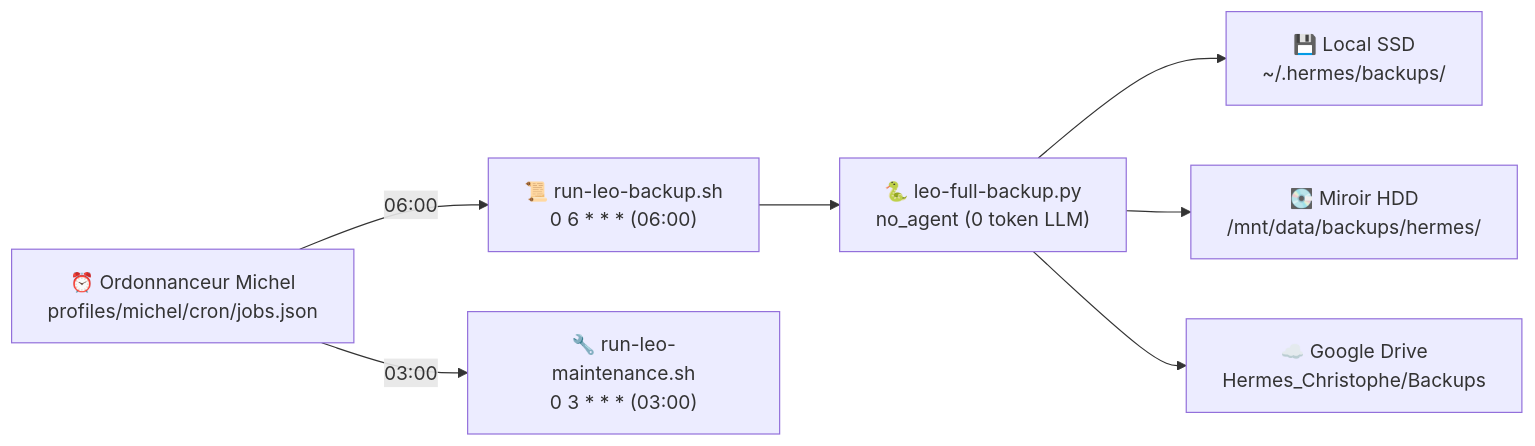
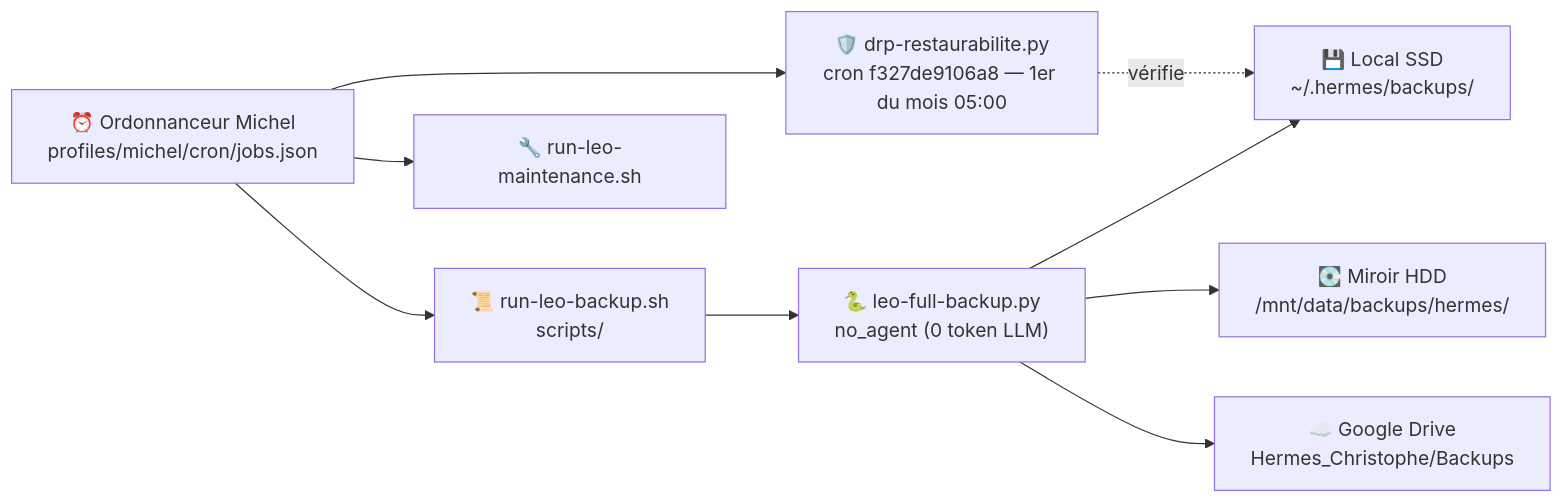
One commit to christophedanhier-hash/hermes-wiki changed the diagram in docs/hermes/utilisation/backup-recovery.md. Above: the diagram before and after it, drawn with Mermaid. The commit also changed other lines of this file and 1 other file, not shown here.

First line of the commit message:
PRA/DRP : défaut majeur des archives + dispositif de vérification de la reprise

````diff
--- a/docs/hermes/utilisation/backup-recovery.md
+++ b/docs/hermes/utilisation/backup-recovery.md
@@ -27,18 +33,20 @@
 ```mermaid
 flowchart LR
     Cron["⏰ Ordonnanceur Michel<br/>profiles/michel/cron/jobs.json"]
-    Wrapper["📜 run-leo-backup.sh<br/>0 6 * * * (06:00)"]
+    Wrapper["📜 run-leo-backup.sh<br/>scripts/"]
     Script["🐍 leo-full-backup.py<br/>no_agent (0 token LLM)"]
-    Maint["🔧 run-leo-maintenance.sh<br/>0 3 * * * (03:00)"]
+    Maint["🔧 run-leo-maintenance.sh"]
+    DRP["🛡️ drp-restaurabilite.py<br/>cron f327de9106a8 — 1er du mois 05:00"]
 
     Dest1["💾 Local SSD<br/>~/.hermes/backups/"]
     Dest2["💽 Miroir HDD<br/>/mnt/data/backups/hermes/"]
     Dest3["☁️ Google Drive<br/>Hermes_Christophe/Backups"]
 
-    Cron -->|"06:00"| Wrapper --> Script
-    Cron -->|"03:00"| Maint
+    Cron --> Wrapper --> Script
+    Cron --> Maint
+    Cron --> DRP -.->|"vérifie"| Dest1
 
     Script --> Dest1
     Script --> Dest2
     Script --> Dest3
 ```
````
